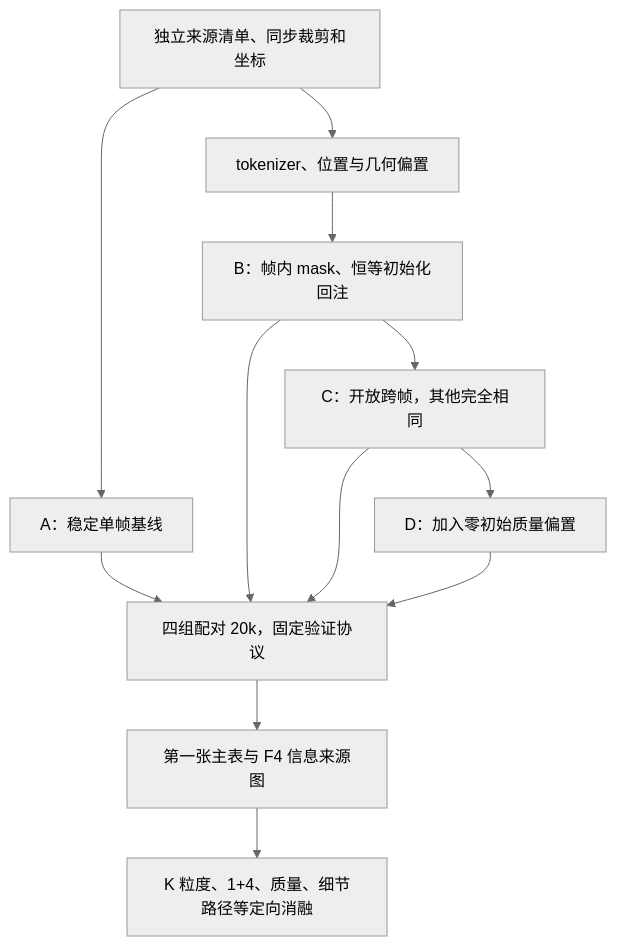
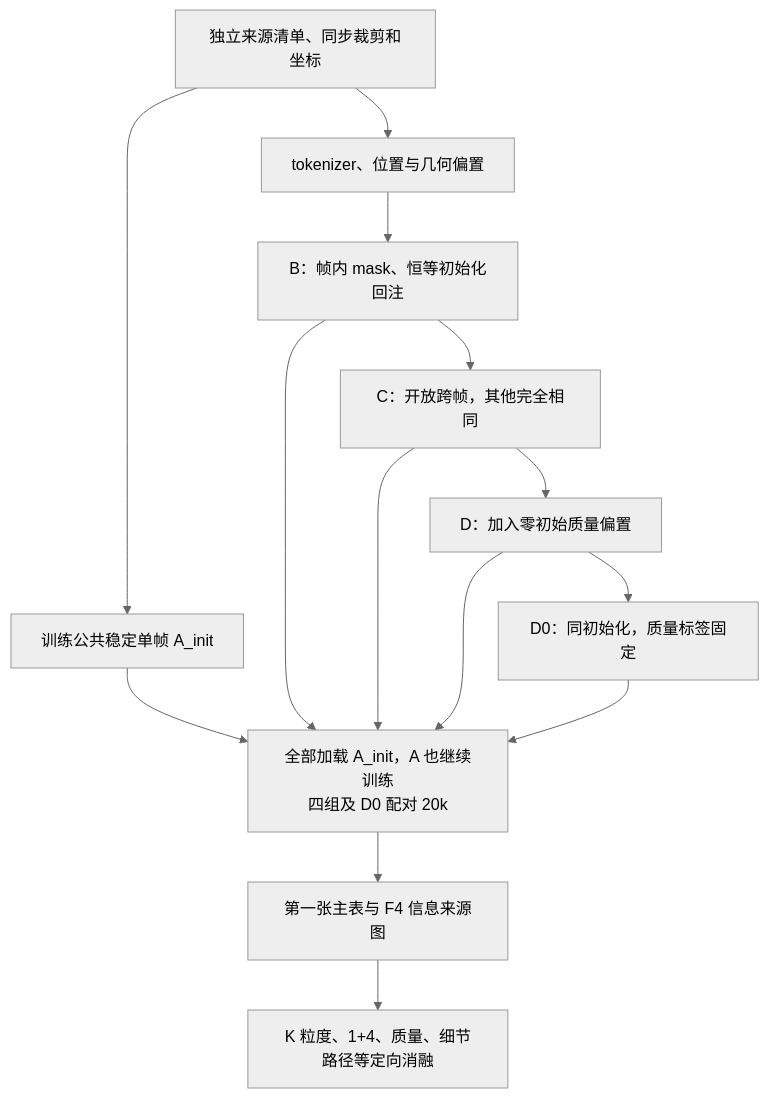
Before and after one commit to deathend110/SAR_Sequence_Restore: diagram 17 of 17 in docs/跨帧Token交互实验指导书.md, drawn with Mermaid (neutral theme). The commit also changed other lines of this file and 1 other file, not shown here.

````diff
--- a/docs/跨帧Token交互实验指导书.md
+++ b/docs/跨帧Token交互实验指导书.md
@@ -692,14 +748,16 @@
 ```mermaid
 graph TD
-    DATA["独立来源清单、同步裁剪和坐标"] --> BASE["A：稳定单帧基线"]
+    DATA["独立来源清单、同步裁剪和坐标"] --> BASE["训练公共稳定单帧 A_init"]
     DATA --> TOK["tokenizer、位置与几何偏置"]
     TOK --> B["B：帧内 mask、恒等初始化回注"]
     B --> C["C：开放跨帧，其他完全相同"]
     C --> D["D：加入零初始质量偏置"]
-    BASE --> RUN["四组配对 20k，固定验证协议"]
+    D --> D0["D0：同初始化，质量标签固定"]
+    BASE --> RUN["全部加载 A_init，A 也继续训练<br/>四组及 D0 配对 20k"]
     B --> RUN
     C --> RUN
     D --> RUN
+    D0 --> RUN
     RUN --> TABLE["第一张主表与 F4 信息来源图"]
     TABLE --> ABL["K 粒度、1+4、质量、细节路径等定向消融"]
 ```
````
